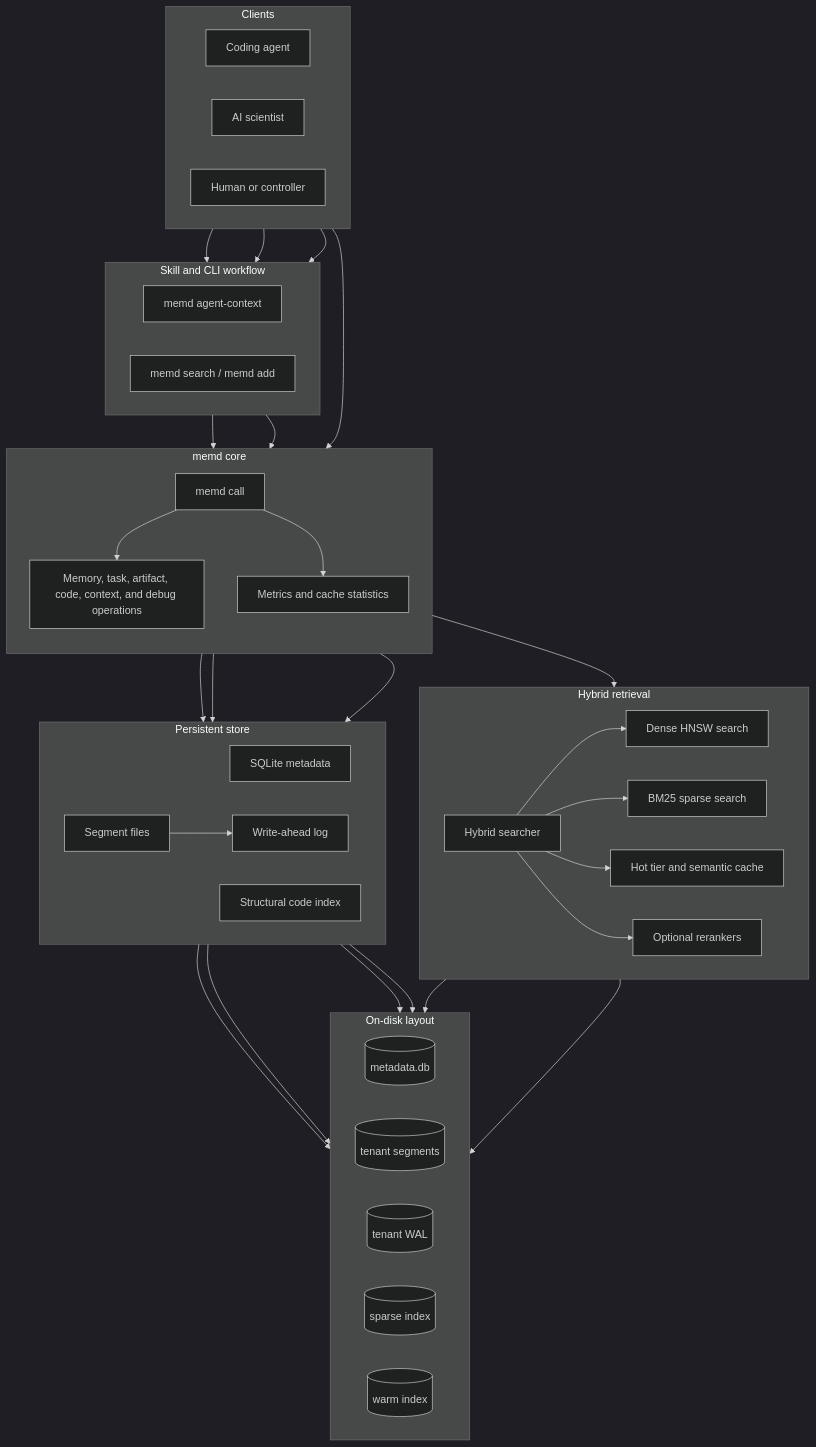
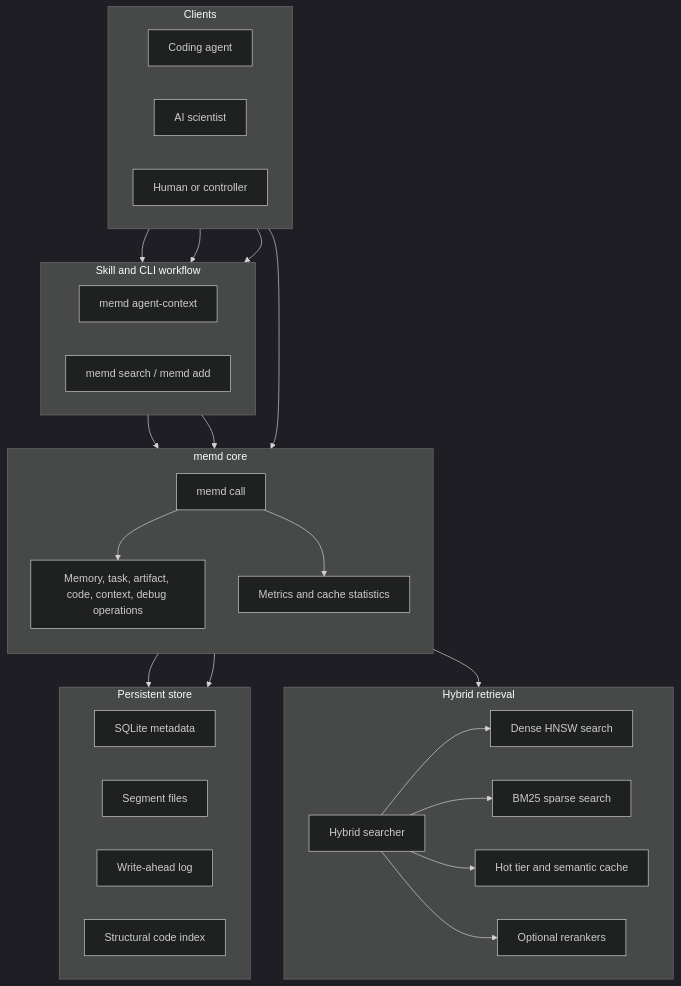
One commit to fmschulz/memd changed the diagram in README.md. Above: the diagram before and after it, drawn with Mermaid (dark theme). The commit also changed other lines of this file, not shown here.

````diff
--- a/README.md
+++ b/README.md
@@ -58,72 +64,55 @@
 ```mermaid
 flowchart TB
   subgraph clients["Clients"]
     direction LR
     ca["Coding agent"]
     sci["AI scientist"]
     human["Human or controller"]
   end
 
   subgraph cli_flow["Skill and CLI workflow"]
     direction LR
     agent_context["memd agent-context"]
     search_add["memd search / memd add"]
   end
 
   subgraph core["memd core"]
     direction TB
     cli_call["memd call"]
-    handlers["Memory, task, artifact, code, context, and debug operations"]
+    handlers["Memory, task, artifact, code, context, debug operations"]
     metrics["Metrics and cache statistics"]
   end
 
   subgraph retrieval["Hybrid retrieval"]
     direction LR
     hybrid["Hybrid searcher"]
     dense["Dense HNSW search"]
     sparse["BM25 sparse search"]
     tiered["Hot tier and semantic cache"]
     rerank["Optional rerankers"]
   end
 
   subgraph storage["Persistent store"]
     direction LR
     sqlite["SQLite metadata"]
     segments["Segment files"]
     wal["Write-ahead log"]
     structural["Structural code index"]
   end
 
-  subgraph disk["On-disk layout"]
-    direction LR
-    db[("metadata.db")]
-    segment_files[("tenant segments")]
-    wal_file[("tenant WAL")]
-    sparse_index[("sparse index")]
-    warm_index[("warm index")]
-  end
-
   ca --> agent_context
   sci --> agent_context
   human --> search_add
   human --> cli_call
   agent_context --> handlers
   search_add --> handlers
   cli_call --> handlers
   cli_call --> metrics
   handlers --> hybrid
   handlers --> sqlite
   handlers --> structural
   hybrid --> dense
   hybrid --> sparse
   hybrid --> tiered
   hybrid --> rerank
-  dense --> warm_index
-  sparse --> sparse_index
-  sqlite --> db
-  handlers --> segments
-  segments --> segment_files
-  segments --> wal
-  wal --> wal_file
-  structural --> db
 ```
````
